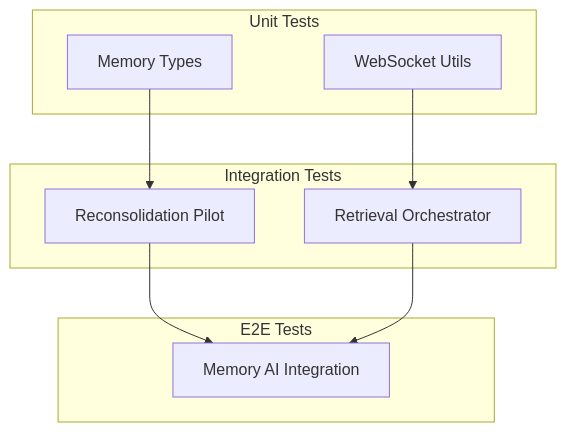
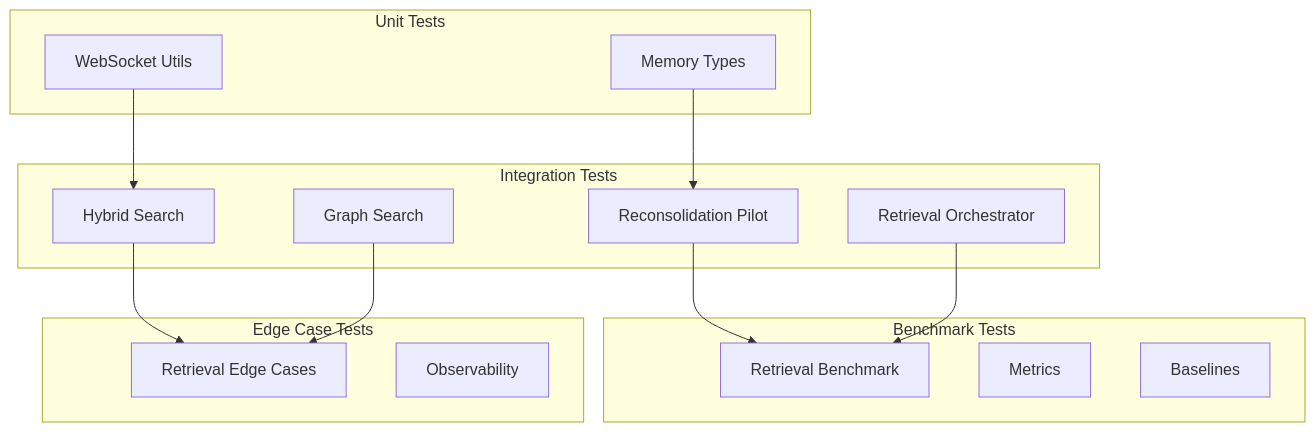
Before and after one commit to Winterus20/PenceAI: the sixth of 6 diagrams in PROJECT_MAP.md, drawn with Mermaid. The commit also changed other lines of this file and 33 other files, not shown here.

````diff
--- a/PROJECT_MAP.md
+++ b/PROJECT_MAP.md
@@ -983,21 +1153,32 @@
 ```mermaid
 graph TB
     subgraph "Unit Tests"
         UT1[Memory Types]
         UT2[WebSocket Utils]
     end
     
     subgraph "Integration Tests"
         IT1[Reconsolidation Pilot]
         IT2[Retrieval Orchestrator]
+        IT3[Hybrid Search]
+        IT4[Graph Search]
     end
     
-    subgraph "E2E Tests"
-        E2E1[Memory AI Integration]
+    subgraph "Benchmark Tests"
+        BM1[Retrieval Benchmark]
+        BM2[Metrics]
+        BM3[Baselines]
+    end
+    
+    subgraph "Edge Case Tests"
+        EC1[Retrieval Edge Cases]
+        EC2[Observability]
     end
     
     UT1 --> IT1
-    UT2 --> IT2
-    IT1 --> E2E1
-    IT2 --> E2E1
+    UT2 --> IT3
+    IT1 --> BM1
+    IT2 --> BM1
+    IT3 --> EC1
+    IT4 --> EC1
 ```
````
